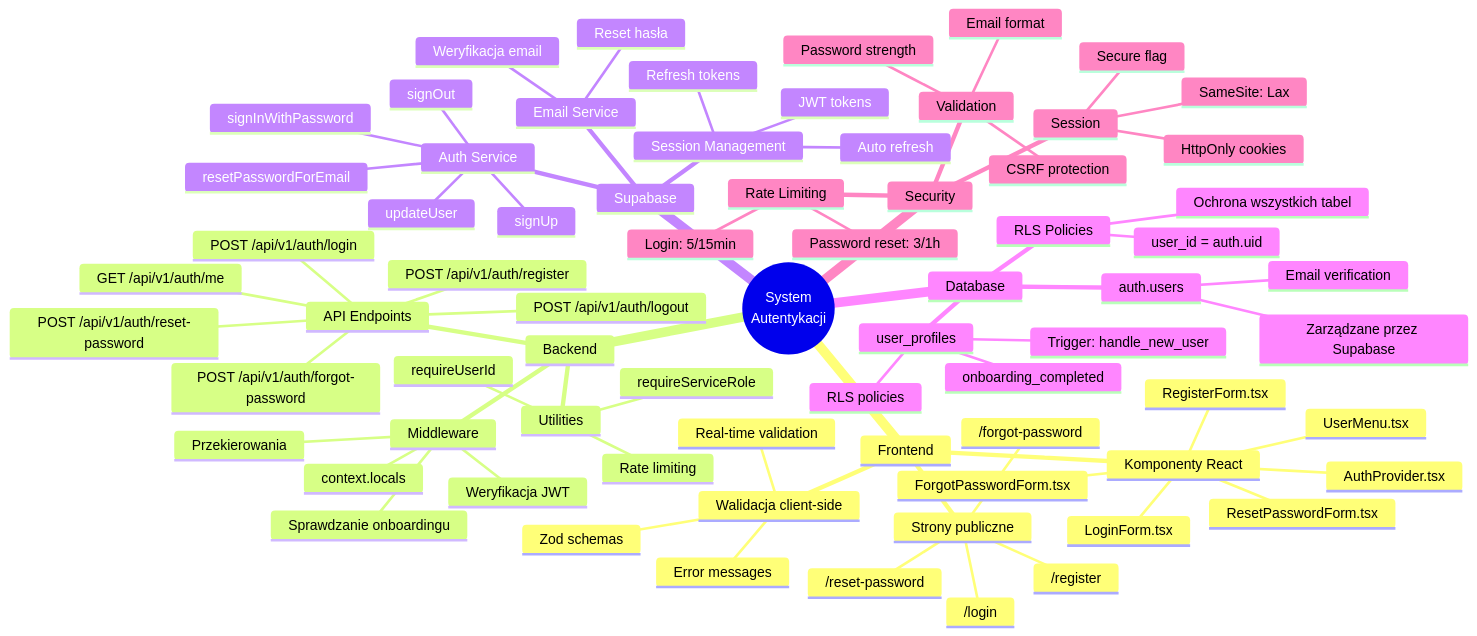
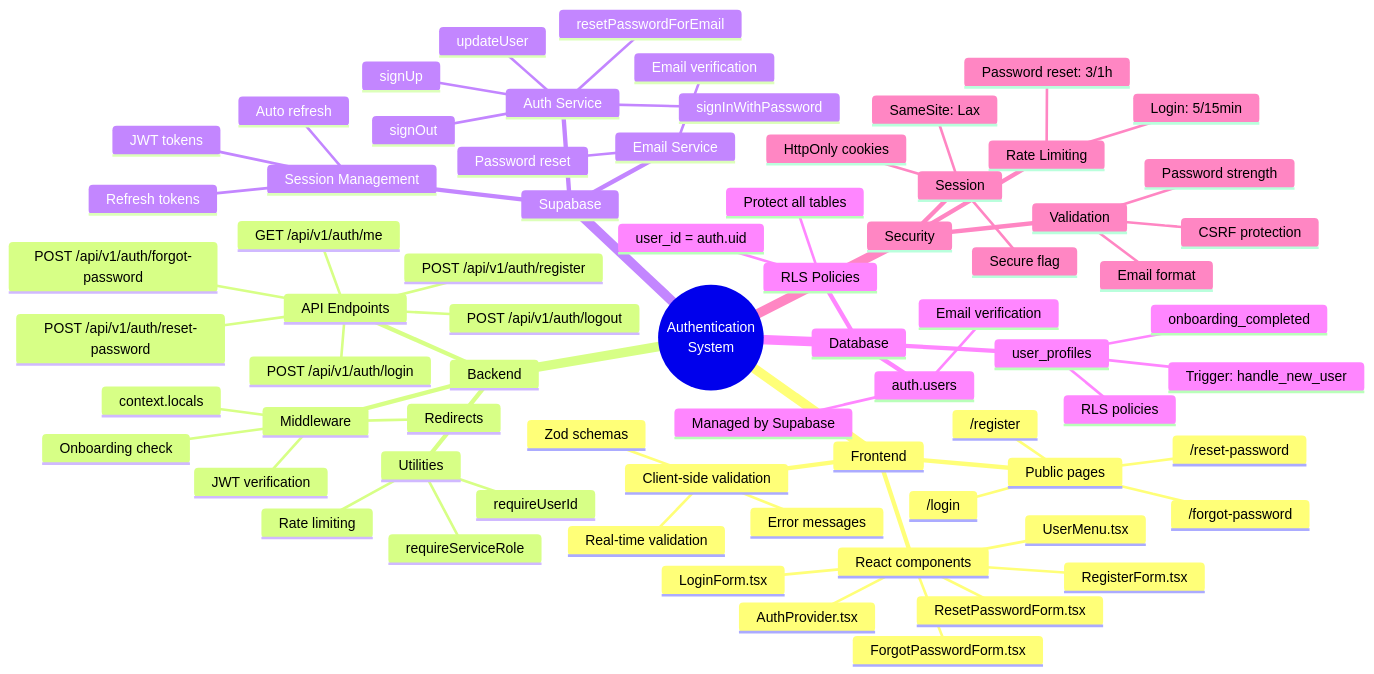
The tenth of 10 diagrams in .ai/auth-journey-diagram.md (Filipsky5/traning-planner), drawn with Mermaid before and after one commit. The commit also changed other lines of this file and 31 other files, not shown here.

````diff
--- a/.ai/auth-journey-diagram.md
+++ b/.ai/auth-journey-diagram.md
@@ -503,75 +503,75 @@
 ```mermaid
 mindmap
-  root((System<br/>Autentykacji))
+  root((Authentication<br/>System))
     Frontend
-      Strony publiczne
+      Public pages
         /login
         /register
         /forgot-password
         /reset-password
-      Komponenty React
+      React components
         LoginForm.tsx
         RegisterForm.tsx
         ForgotPasswordForm.tsx
         ResetPasswordForm.tsx
         UserMenu.tsx
         AuthProvider.tsx
-      Walidacja client-side
+      Client-side validation
         Zod schemas
         Real-time validation
         Error messages
     Backend
       API Endpoints
         POST /api/v1/auth/login
         POST /api/v1/auth/register
         POST /api/v1/auth/logout
         POST /api/v1/auth/forgot-password
         POST /api/v1/auth/reset-password
         GET /api/v1/auth/me
       Middleware
-        Weryfikacja JWT
-        Sprawdzanie onboardingu
-        Przekierowania
+        JWT verification
+        Onboarding check
+        Redirects
         context.locals
       Utilities
         requireUserId
         requireServiceRole
         Rate limiting
     Supabase
       Auth Service
         signUp
         signInWithPassword
         signOut
         resetPasswordForEmail
         updateUser
       Session Management
         JWT tokens
         Refresh tokens
         Auto refresh
       Email Service
-        Weryfikacja email
-        Reset hasła
+        Email verification
+        Password reset
     Database
       auth.users
-        Zarządzane przez Supabase
+        Managed by Supabase
         Email verification
       user_profiles
         Trigger: handle_new_user
         onboarding_completed
         RLS policies
       RLS Policies
         user_id = auth.uid
-        Ochrona wszystkich tabel
+        Protect all tables
     Security
       Rate Limiting
         Login: 5/15min
         Password reset: 3/1h
       Validation
         Email format
         Password strength
         CSRF protection
       Session
         HttpOnly cookies
         Secure flag
         SameSite: Lax
 ```
````
